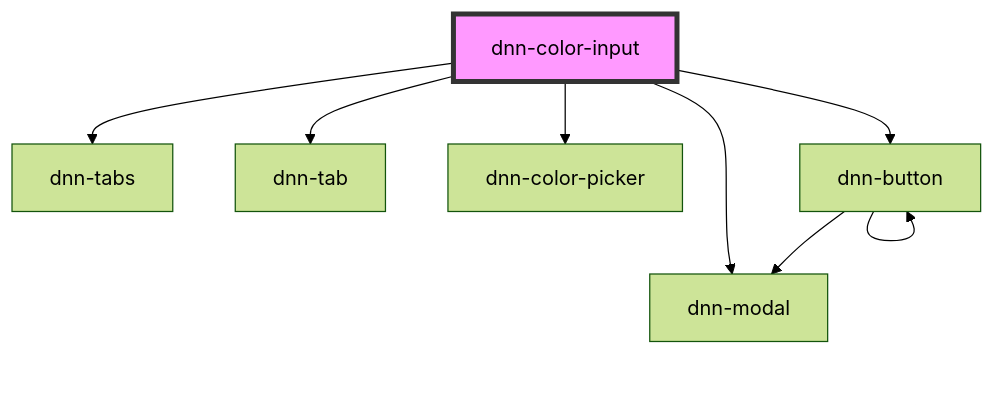
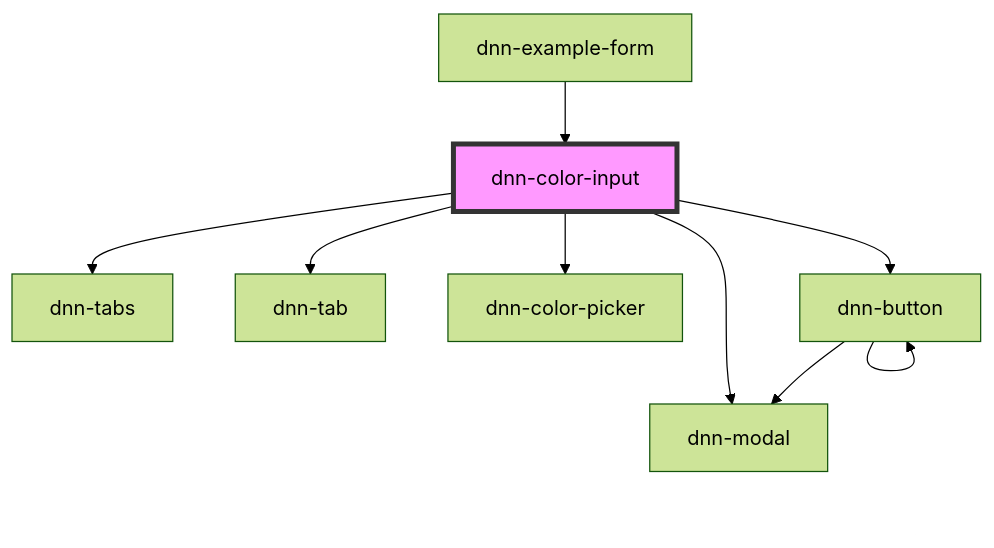
Before and after one commit to DNNCommunity/dnn-elements: the diagram in packages/stencil-library/src/components/dnn-color-input/readme.md, drawn with Mermaid (forest theme). The commit also changed other lines of this file and 17 other files, not shown here.

````diff
--- a/packages/stencil-library/src/components/dnn-color-input/readme.md
+++ b/packages/stencil-library/src/components/dnn-color-input/readme.md
@@ -68,11 +72,12 @@
 ```mermaid
 graph TD;
   dnn-color-input --> dnn-modal
   dnn-color-input --> dnn-tabs
   dnn-color-input --> dnn-tab
   dnn-color-input --> dnn-color-picker
   dnn-color-input --> dnn-button
   dnn-button --> dnn-modal
   dnn-button --> dnn-button
+  dnn-example-form --> dnn-color-input
   style dnn-color-input fill:#f9f,stroke:#333,stroke-width:4px
 ```
````
